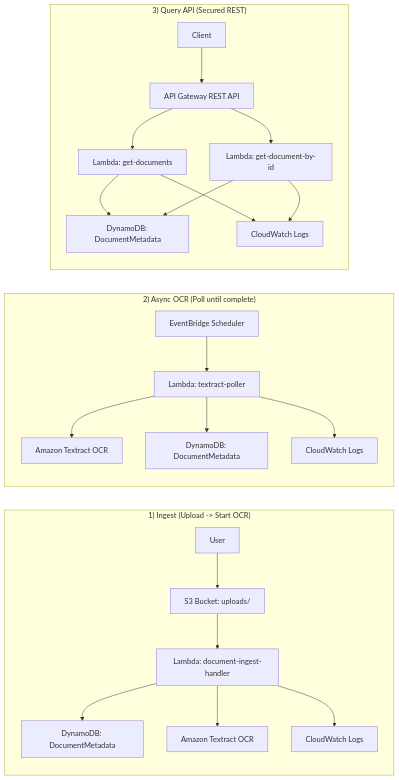
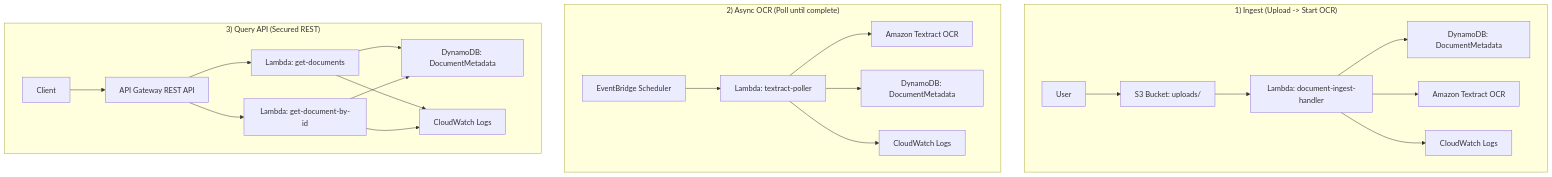
The diagram in README.md (YogithR/Serverless-Document-Processing-Pipeline-AWS-), drawn with Mermaid before and after one commit.

````diff
--- a/README.md
+++ b/README.md
@@ -12,32 +12,31 @@
 ```mermaid
-flowchart LR
+flowchart TB
 
 subgraph ING["1) Ingest (Upload -> Start OCR)"]
-direction TB
+direction LR
 U[User] --> S3["S3 Bucket: uploads/"]
 S3 --> L1["Lambda: document-ingest-handler"]
 L1 --> DDB1["DynamoDB: DocumentMetadata"]
 L1 --> TX1["Amazon Textract OCR"]
 L1 --> CW1["CloudWatch Logs"]
 end
 
 subgraph ASYNC["2) Async OCR (Poll until complete)"]
-direction TB
+direction LR
 EB["EventBridge Scheduler"] --> L2["Lambda: textract-poller"]
 L2 --> TX2["Amazon Textract OCR"]
 L2 --> DDB2["DynamoDB: DocumentMetadata"]
 L2 --> CW2["CloudWatch Logs"]
 end
 
 subgraph API["3) Query API (Secured REST)"]
-direction TB
+direction LR
 C[Client] --> APIGW["API Gateway REST API"]
 APIGW --> L3["Lambda: get-documents"]
 APIGW --> L4["Lambda: get-document-by-id"]
 L3 --> DDB3["DynamoDB: DocumentMetadata"]
 L4 --> DDB3
 L3 --> CW3["CloudWatch Logs"]
 L4 --> CW3
 end
-
 ```
````
